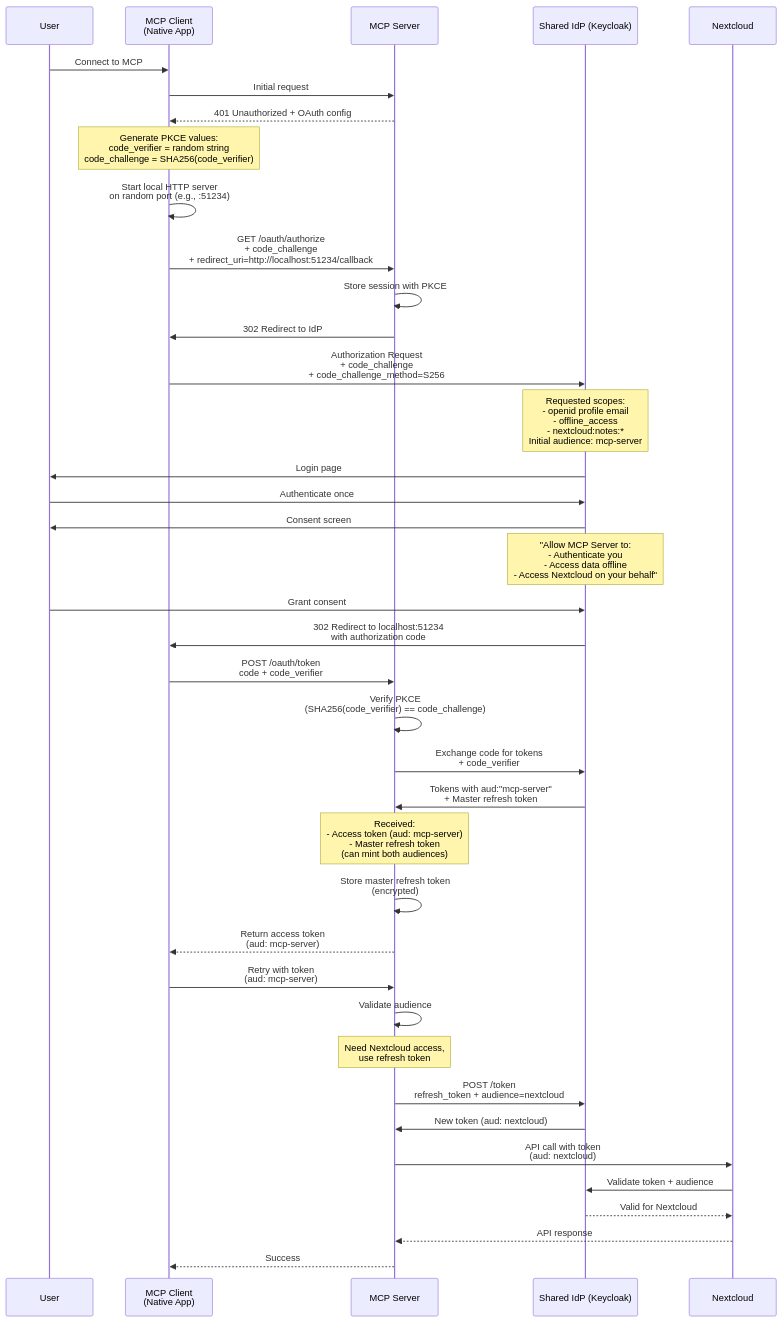
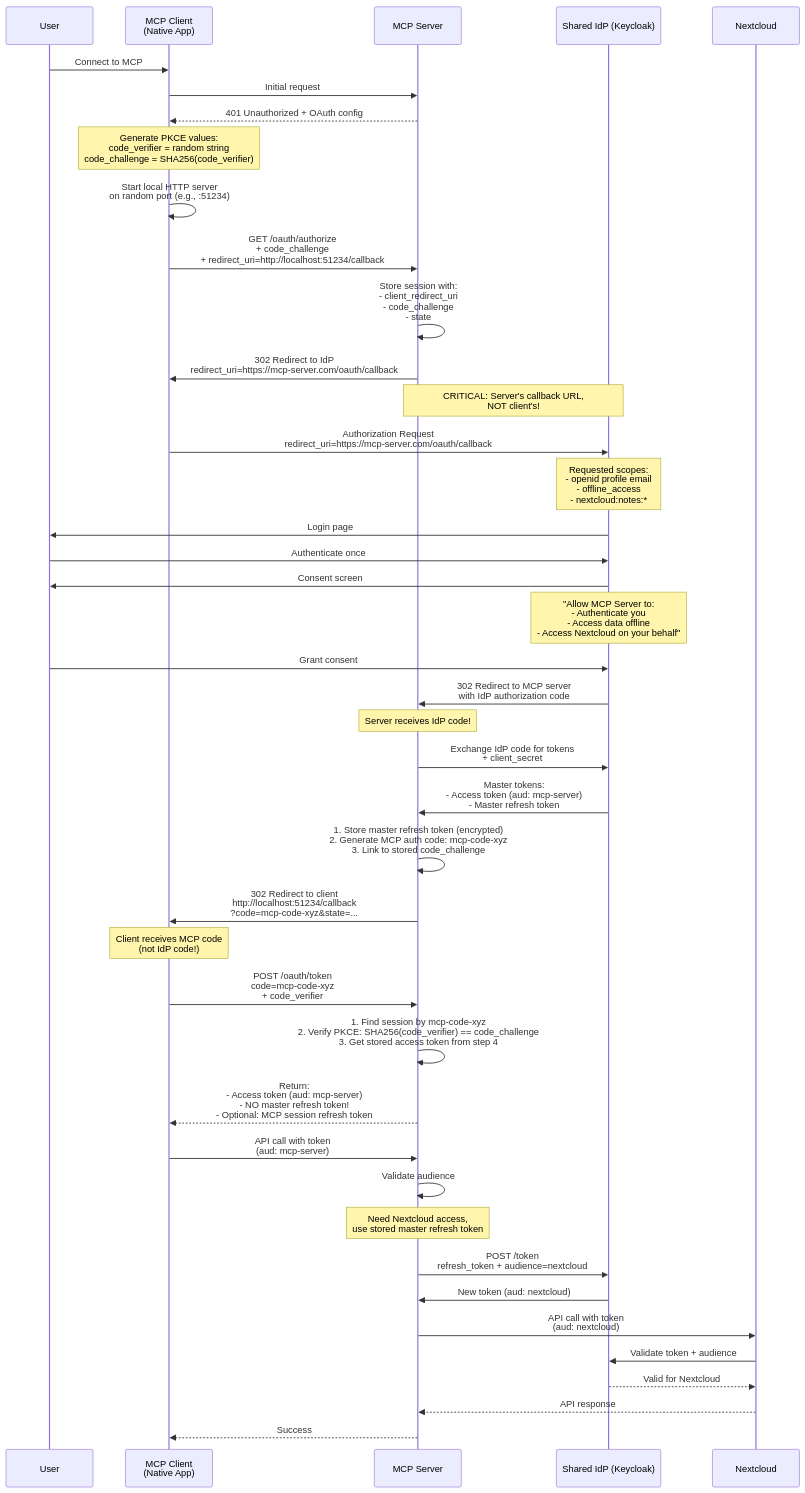
One commit to cbcoutinho/nextcloud-mcp-server changed the first of 3 diagrams in docs/ADR-004-mcp-application-oauth.md. Above: the diagram before and after it, drawn with Mermaid. The commit also changed other lines of this file, not shown here.

Commit message:
docs: WIP with Hybrid token

````diff
--- a/docs/ADR-004-mcp-application-oauth.md
+++ b/docs/ADR-004-mcp-application-oauth.md
@@ -116,59 +116,66 @@
 ```mermaid
 sequenceDiagram
     participant User
     participant MCPClient as MCP Client<br/>(Native App)
     participant MCPServer as MCP Server
     participant IdP as Shared IdP (Keycloak)
     participant Nextcloud
 
     User->>MCPClient: Connect to MCP
     MCPClient->>MCPServer: Initial request
     MCPServer-->>MCPClient: 401 Unauthorized + OAuth config
 
     Note over MCPClient: Generate PKCE values:<br/>code_verifier = random string<br/>code_challenge = SHA256(code_verifier)
 
     MCPClient->>MCPClient: Start local HTTP server<br/>on random port (e.g., :51234)
 
     MCPClient->>MCPServer: GET /oauth/authorize<br/>+ code_challenge<br/>+ redirect_uri=http://localhost:51234/callback
 
-    MCPServer->>MCPServer: Store session with PKCE
-    MCPServer->>MCPClient: 302 Redirect to IdP
+    MCPServer->>MCPServer: Store session with:<br/>- client_redirect_uri<br/>- code_challenge<br/>- state
+    MCPServer->>MCPClient: 302 Redirect to IdP<br/>redirect_uri=https://mcp-server.com/oauth/callback
 
-    MCPClient->>IdP: Authorization Request<br/>+ code_challenge<br/>+ code_challenge_method=S256
-    Note over IdP: Requested scopes:<br/>- openid profile email<br/>- offline_access<br/>- nextcloud:notes:*<br/>Initial audience: mcp-server
+    Note over MCPServer,IdP: CRITICAL: Server's callback URL,<br/>NOT client's!
+
+    MCPClient->>IdP: Authorization Request<br/>redirect_uri=https://mcp-server.com/oauth/callback
+    Note over IdP: Requested scopes:<br/>- openid profile email<br/>- offline_access<br/>- nextcloud:notes:*
 
     IdP->>User: Login page
     User->>IdP: Authenticate once
 
     IdP->>User: Consent screen
     Note over IdP: "Allow MCP Server to:<br/>- Authenticate you<br/>- Access data offline<br/>- Access Nextcloud on your behalf"
 
     User->>IdP: Grant consent
-    IdP->>MCPClient: 302 Redirect to localhost:51234<br/>with authorization code
+    IdP->>MCPServer: 302 Redirect to MCP server<br/>with IdP authorization code
 
-    MCPClient->>MCPServer: POST /oauth/token<br/>code + code_verifier
+    Note over MCPServer: Server receives IdP code!
 
-    MCPServer->>MCPServer: Verify PKCE<br/>(SHA256(code_verifier) == code_challenge)
+    MCPServer->>IdP: Exchange IdP code for tokens<br/>+ client_secret
+    IdP->>MCPServer: Master tokens:<br/>- Access token (aud: mcp-server)<br/>- Master refresh token
 
-    MCPServer->>IdP: Exchange code for tokens<br/>+ code_verifier
-    IdP->>MCPServer: Tokens with aud:"mcp-server"<br/>+ Master refresh token
+    MCPServer->>MCPServer: 1. Store master refresh token (encrypted)<br/>2. Generate MCP auth code: mcp-code-xyz<br/>3. Link to stored code_challenge
 
-    Note over MCPServer: Received:<br/>- Access token (aud: mcp-server)<br/>- Master refresh token<br/>(can mint both audiences)
+    MCPServer->>MCPClient: 302 Redirect to client<br/>http://localhost:51234/callback<br/>?code=mcp-code-xyz&state=...
 
-    MCPServer->>MCPServer: Store master refresh token<br/>(encrypted)
-    MCPServer-->>MCPClient: Return access token<br/>(aud: mcp-server)
+    Note over MCPClient: Client receives MCP code<br/>(not IdP code!)
 
-    MCPClient->>MCPServer: Retry with token<br/>(aud: mcp-server)
+    MCPClient->>MCPServer: POST /oauth/token<br/>code=mcp-code-xyz<br/>+ code_verifier
+
+    MCPServer->>MCPServer: 1. Find session by mcp-code-xyz<br/>2. Verify PKCE: SHA256(code_verifier) == code_challenge<br/>3. Get stored access token from step 4
+
+    MCPServer-->>MCPClient: Return:<br/>- Access token (aud: mcp-server)<br/>- NO master refresh token!<br/>- Optional: MCP session refresh token
+
+    MCPClient->>MCPServer: API call with token<br/>(aud: mcp-server)
     MCPServer->>MCPServer: Validate audience
 
-    Note over MCPServer: Need Nextcloud access,<br/>use refresh token
+    Note over MCPServer: Need Nextcloud access,<br/>use stored master refresh token
 
     MCPServer->>IdP: POST /token<br/>refresh_token + audience=nextcloud
     IdP->>MCPServer: New token (aud: nextcloud)
 
     MCPServer->>Nextcloud: API call with token<br/>(aud: nextcloud)
     Nextcloud->>IdP: Validate token + audience
     IdP-->>Nextcloud: Valid for Nextcloud
     Nextcloud-->>MCPServer: API response
     MCPServer-->>MCPClient: Success
 ```
````
